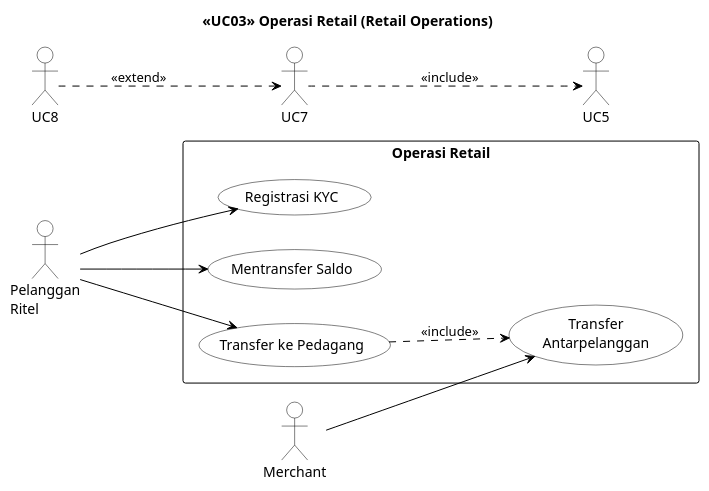
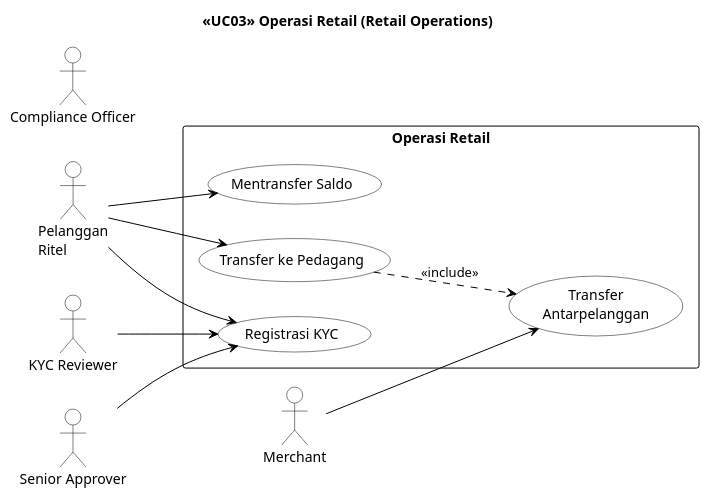
One commit to mfachrizalg/bi-coin changed the third of 3 diagrams in bi-coin-fabric/docs/diagrams/plantuml/use-case-diagrams.puml. Above: the diagram before and after it, drawn with PlantUML. The commit also changed other lines of this file and 364 other files, not shown here.

```diff
--- a/bi-coin-fabric/docs/diagrams/plantuml/use-case-diagrams.puml
+++ b/bi-coin-fabric/docs/diagrams/plantuml/use-case-diagrams.puml
@@ -87,33 +97,36 @@
 @startuml
 skinparam monochrome true
 left to right direction
 skinparam packageBorderColor black
 skinparam packageBackgroundColor none
 skinparam usecaseBorderColor black
 skinparam usecaseBackgroundColor white
 skinparam actorBorderColor black
 skinparam actorBackgroundColor white
 skinparam arrowColor black
 
 title <<UC03>> Operasi Retail (Retail Operations)
 
 actor "Pelanggan\nRitel" as PR
 actor "Merchant" as M
+actor "KYC Reviewer" as KYC
+actor "Senior Approver" as SA
+actor "Compliance Officer" as CO
 
 rectangle "Operasi Retail" {
   usecase "Registrasi KYC" as UC1
   usecase "Mentransfer Saldo" as UC2
   usecase "Transfer\nAntarpelanggan" as UC3
   usecase "Transfer ke Pedagang" as UC4
 }
 
 PR --> UC1
 PR --> UC2
 PR --> UC4
 M --> UC3
+KYC --> UC1
+SA --> UC1
 
 UC4 ..> UC3 : <<include>>
-UC7 ..> UC5 : <<include>>
-UC8 ..> UC7 : <<extend>>
 
 @enduml
```
